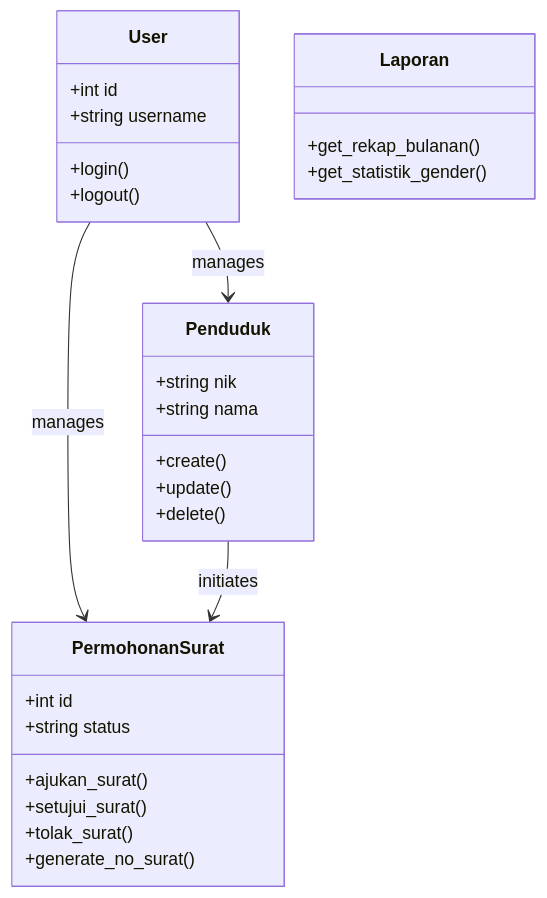
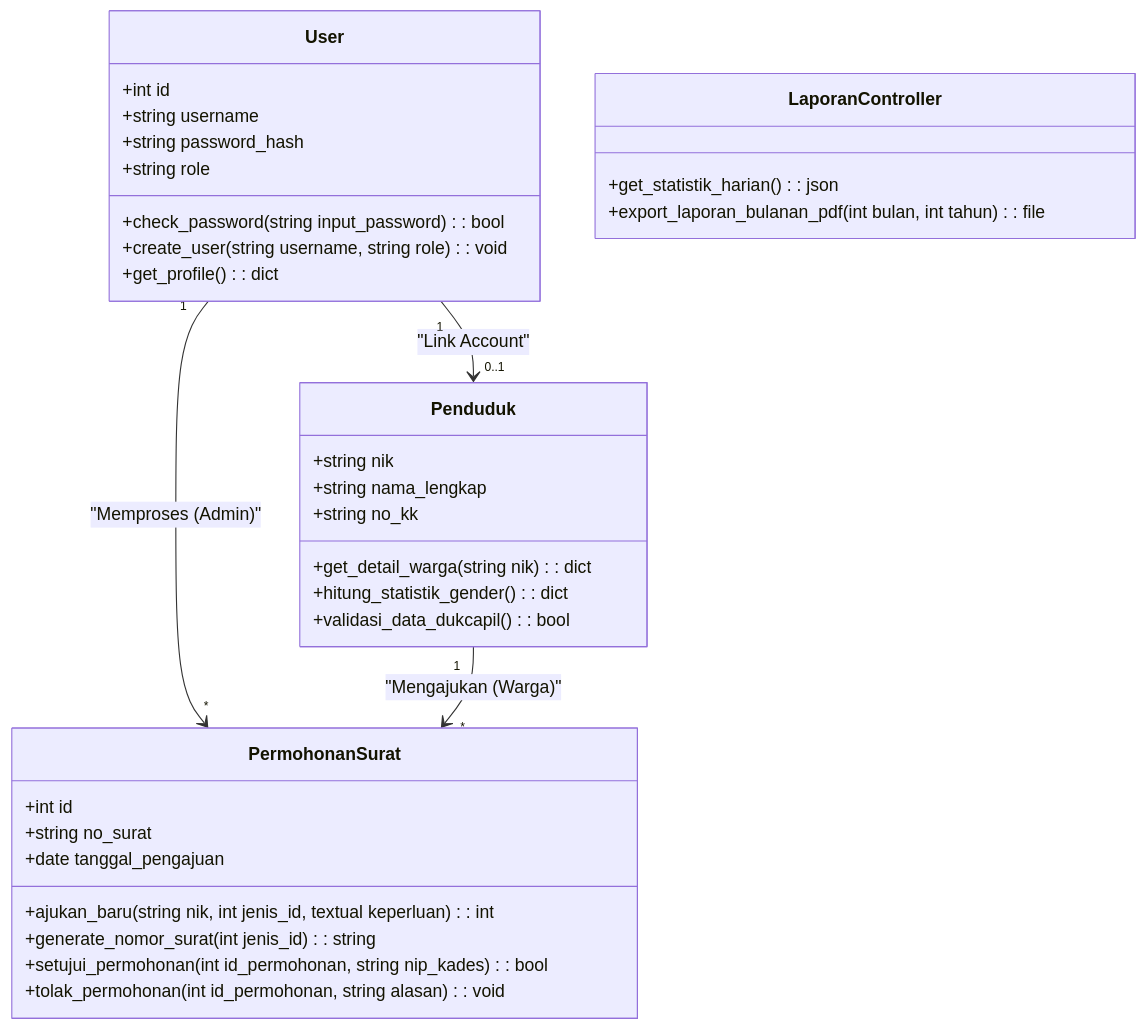
The second of 3 diagrams in docs/1. laporan_tugas/laporan_divabaihaqi.md (Diva-Baihaqi/SIPAD-CIAWIASIH), drawn with Mermaid before and after one commit. The commit also changed other lines of this file and 9 other files, not shown here.

````diff
--- a/docs/1. laporan_tugas/laporan_divabaihaqi.md
+++ b/docs/1. laporan_tugas/laporan_divabaihaqi.md
@@ -190,32 +368,40 @@
 ```mermaid
 classDiagram
     class User {
         +int id
         +string username
-        +login()
-        +logout()
+        +string password_hash
+        +string role
+        +check_password(string input_password) : bool
+        +create_user(string username, string role) : void
+        +get_profile() : dict
     }
+
     class Penduduk {
         +string nik
-        +string nama
-        +create()
-        +update()
-        +delete()
+        +string nama_lengkap
+        +string no_kk
+        +get_detail_warga(string nik) : dict
+        +hitung_statistik_gender() : dict
+        +validasi_data_dukcapil() : bool
     }
+
     class PermohonanSurat {
         +int id
-        +string status
-        +ajukan_surat()
-        +setujui_surat()
-        +tolak_surat()
-        +generate_no_surat()
-    }
-    class Laporan {
-        +get_rekap_bulanan()
-        +get_statistik_gender()
+        +string no_surat
+        +date tanggal_pengajuan
+        +ajukan_baru(string nik, int jenis_id, textual keperluan) : int
+        +generate_nomor_surat(int jenis_id) : string
+        +setujui_permohonan(int id_permohonan, string nip_kades) : bool
+        +tolak_permohonan(int id_permohonan, string alasan) : void
     }
 
-    User --> Penduduk : manages
-    User --> PermohonanSurat : manages
-    Penduduk --> PermohonanSurat : initiates
+    class LaporanController {
+        +get_statistik_harian() : json
+        +export_laporan_bulanan_pdf(int bulan, int tahun) : file
+    }
+
+    User "1" --> "0..1" Penduduk : "Link Account"
+    User "1" --> "*" PermohonanSurat : "Memproses (Admin)"
+    Penduduk "1" --> "*" PermohonanSurat : "Mengajukan (Warga)"
 ```
````
